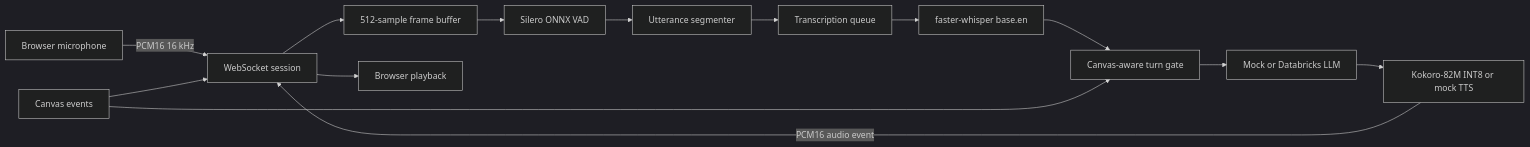
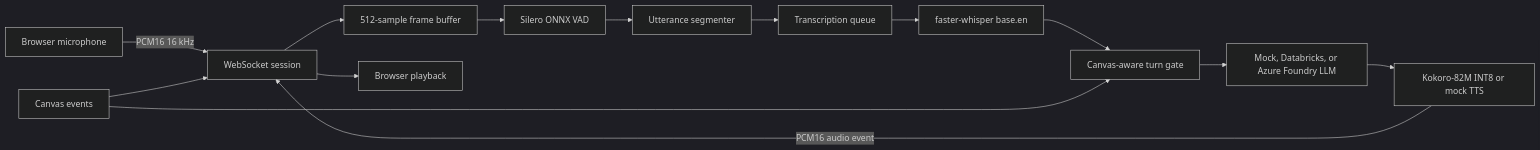
One commit to manupatel007/system-design-ai-interview changed the diagram in docs/VOICE_PIPELINE.md. Above: the diagram before and after it, drawn with Mermaid (dark theme). The commit also changed other lines of this file and 15 other files, not shown here.

````diff
--- a/docs/VOICE_PIPELINE.md
+++ b/docs/VOICE_PIPELINE.md
@@ -22,16 +22,16 @@
 ```mermaid
 flowchart LR
     MIC[Browser microphone] -->|PCM16 16 kHz| WS[WebSocket session]
     CANVAS[Canvas events] --> WS
     WS --> FRAMES[512-sample frame buffer]
     FRAMES --> VAD[Silero ONNX VAD]
     VAD --> SEGMENT[Utterance segmenter]
     SEGMENT --> QUEUE[Transcription queue]
     QUEUE --> STT[faster-whisper base.en]
     STT --> GATE[Canvas-aware turn gate]
     CANVAS --> GATE
-    GATE --> LLM[Mock or Databricks LLM]
+    GATE --> LLM[Mock, Databricks, or Azure Foundry LLM]
     LLM --> TTS[Kokoro-82M INT8 or mock TTS]
     TTS -->|PCM16 audio event| WS
     WS --> PLAYBACK[Browser playback]
 ```
````
